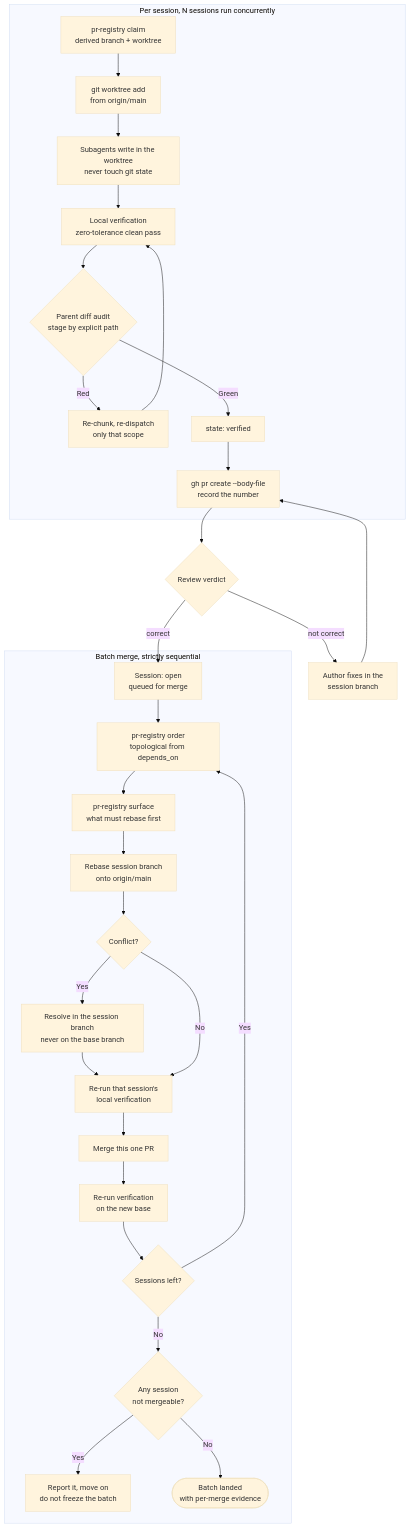
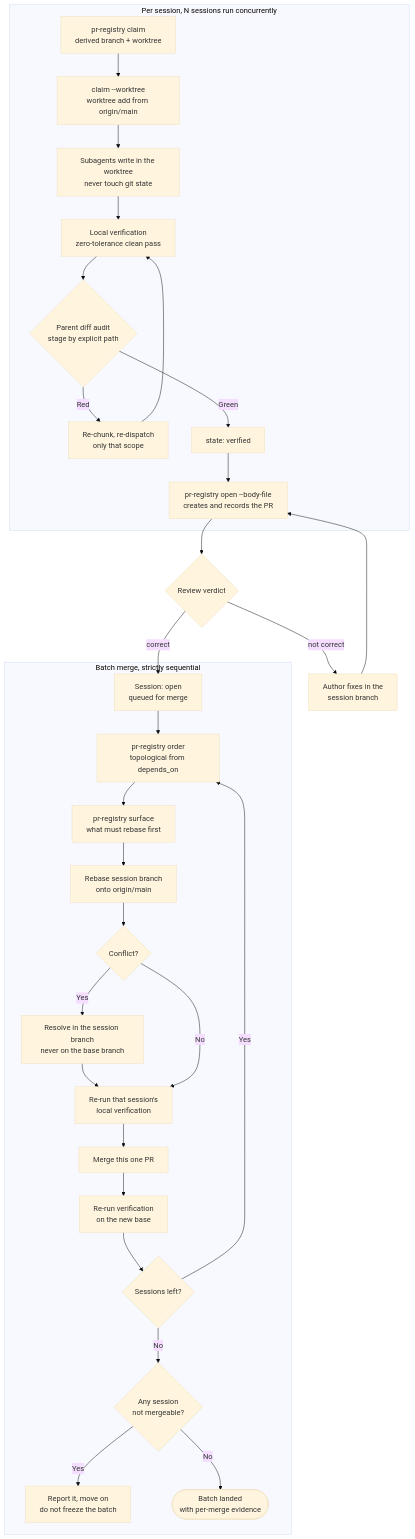
One commit to belajarcarabelajar/vivera changed the second of 2 diagrams in skills/sucp-verify-deliver/SKILL.md. Above: the diagram before and after it, drawn with Mermaid (base theme). The commit also changed other lines of this file and 6 other files, not shown here.

````diff
--- a/skills/sucp-verify-deliver/SKILL.md
+++ b/skills/sucp-verify-deliver/SKILL.md
@@ -314,35 +324,35 @@
 ```mermaid
 flowchart TD
     accTitle: Session isolation, pull request delivery, and ordered batch merge
     accDescr: Each session claims a derived branch and worktree, subagents write only inside it, local verification and the parent diff audit gate the pull request, a reviewer fetches the remote state and returns a binary verdict, and the batch merges in topological order with a rebase and a local check before every individual merge.
     subgraph Per["Per session, N sessions run concurrently"]
-        Claim["pr-registry claim<br/>derived branch + worktree"] --> Wt["git worktree add<br/>from origin/main"]
+        Claim["pr-registry claim<br/>derived branch + worktree"] --> Wt["claim --worktree<br/>worktree add from origin/main"]
         Wt --> Fan["Subagents write in the worktree<br/>never touch git state"]
         Fan --> Verify["Local verification<br/>zero-tolerance clean pass"]
         Verify --> Audit{"Parent diff audit<br/>stage by explicit path"}
         Audit -->|"Red"| Redo["Re-chunk, re-dispatch<br/>only that scope"]
         Redo --> Verify
         Audit -->|"Green"| State["state: verified"]
-        State --> Pr["gh pr create --body-file<br/>record the number"]
+        State --> Pr["pr-registry open --body-file<br/>creates and records the PR"]
     end
     Pr --> Rev{"Review verdict"}
     Rev -->|"not correct"| Fix["Author fixes in the<br/>session branch"]
     Fix --> Pr
     Rev -->|"correct"| Open["Session: open<br/>queued for merge"]
     subgraph Batch["Batch merge, strictly sequential"]
         Open --> Order["pr-registry order<br/>topological from depends_on"]
         Order --> Surf["pr-registry surface<br/>what must rebase first"]
         Surf --> Rebase["Rebase session branch<br/>onto origin/main"]
         Rebase --> Conflict{"Conflict?"}
         Conflict -->|"Yes"| Resolve["Resolve in the session branch<br/>never on the base branch"]
         Resolve --> Recheck["Re-run that session's<br/>local verification"]
         Conflict -->|"No"| Recheck
         Recheck --> Merge["Merge this one PR"]
         Merge --> Post["Re-run verification<br/>on the new base"]
         Post --> More{"Sessions left?"}
         More -->|"Yes"| Order
         More -->|"No"| Blocked{"Any session<br/>not mergeable?"}
         Blocked -->|"Yes"| Report["Report it, move on<br/>do not freeze the batch"]
         Blocked -->|"No"| Done(["Batch landed<br/>with per-merge evidence"])
     end
 ```
````
